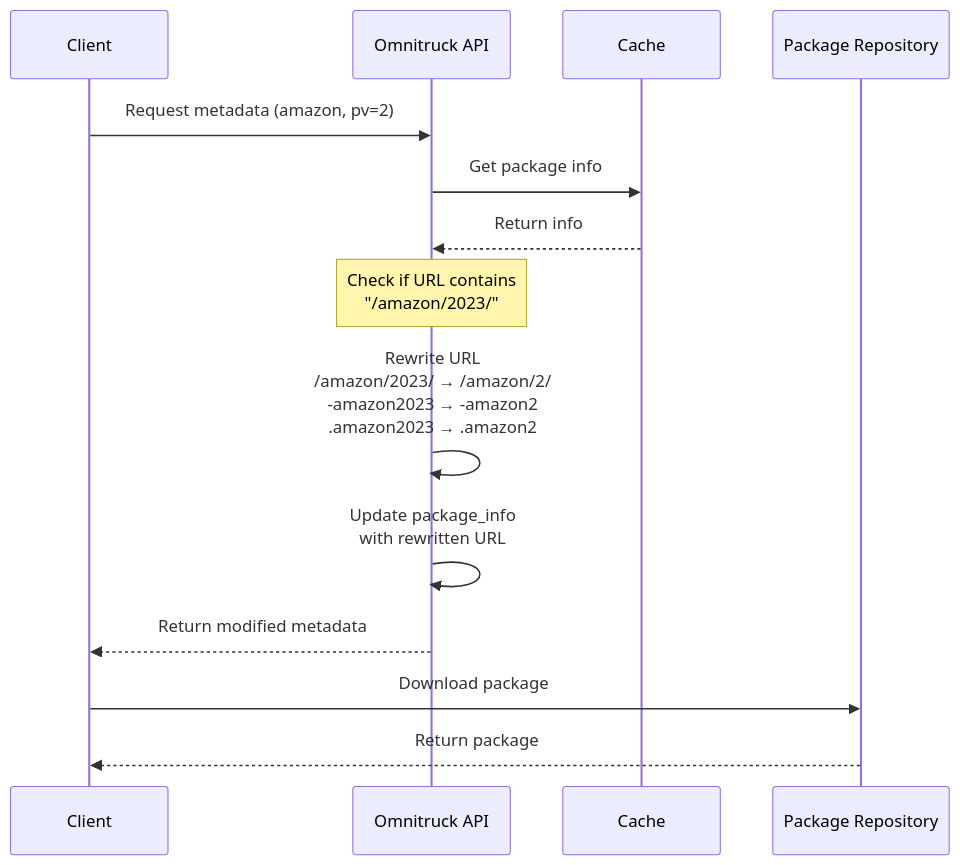
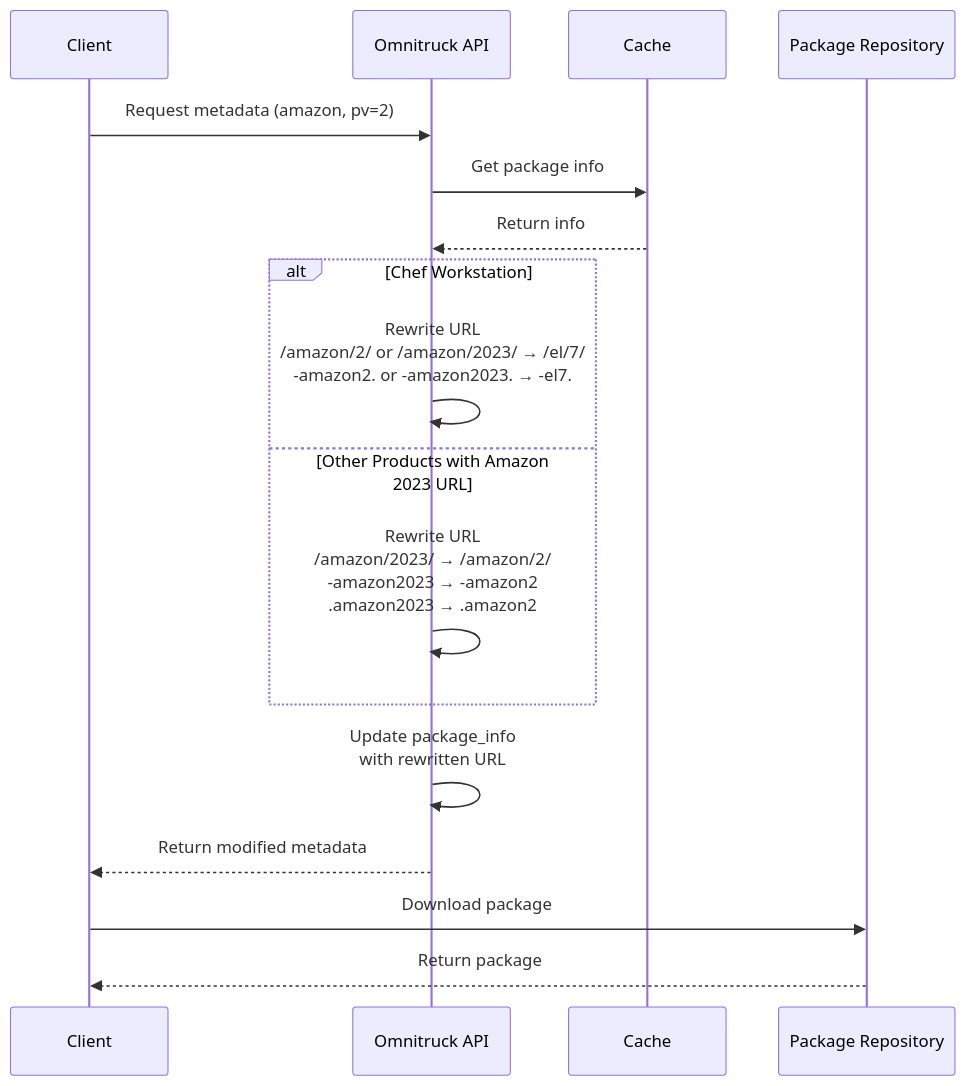
One commit to chef/omnitruck changed the diagram in ADR/adr0001.md. Above: the diagram before and after it, drawn with Mermaid. The commit also changed other lines of this file and 6 other files, not shown here.

````diff
--- a/ADR/adr0001.md
+++ b/ADR/adr0001.md
@@ -46,20 +72,23 @@
 ```mermaid
 sequenceDiagram
     participant Client
     participant OmnitruckAPI as Omnitruck API
     participant Cache
     participant PackageRepo as Package Repository
     
     Client->>OmnitruckAPI: Request metadata (amazon, pv=2)
     OmnitruckAPI->>Cache: Get package info
     Cache-->>OmnitruckAPI: Return info
     
-    Note over OmnitruckAPI: Check if URL contains<br>"/amazon/2023/"
+    alt Chef Workstation
+        OmnitruckAPI->>OmnitruckAPI: Rewrite URL<br>/amazon/2/ or /amazon/2023/ → /el/7/<br>-amazon2. or -amazon2023. → -el7.
+    else Other Products with Amazon 2023 URL
+        OmnitruckAPI->>OmnitruckAPI: Rewrite URL<br>/amazon/2023/ → /amazon/2/<br>-amazon2023 → -amazon2<br>.amazon2023 → .amazon2
+    end
     
-    OmnitruckAPI->>OmnitruckAPI: Rewrite URL<br>/amazon/2023/ → /amazon/2/<br>-amazon2023 → -amazon2<br>.amazon2023 → .amazon2
     OmnitruckAPI->>OmnitruckAPI: Update package_info<br>with rewritten URL
     
     OmnitruckAPI-->>Client: Return modified metadata
     Client->>PackageRepo: Download package
     PackageRepo-->>Client: Return package
 ```
````
